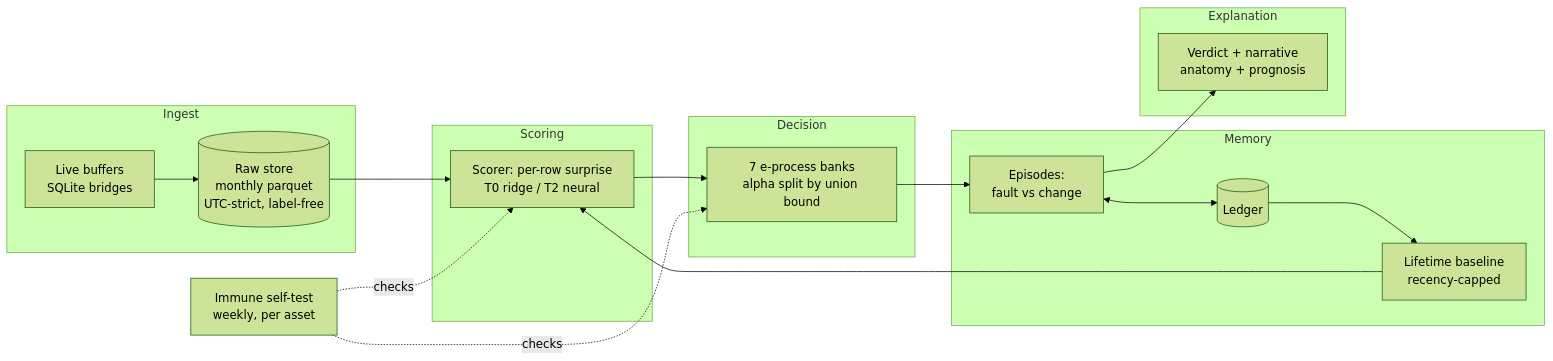
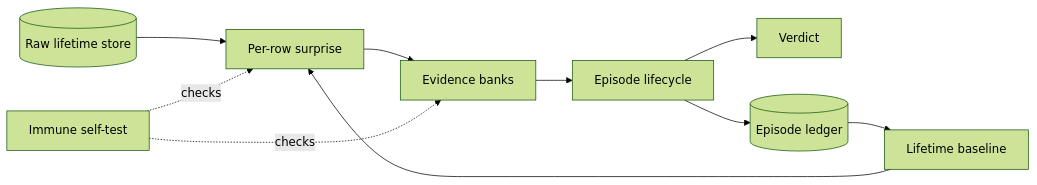
The diagram in README.md (bhadkamkar9snehil/ACM), drawn with Mermaid (forest theme) before and after one commit. The commit also changed other lines of this file and 152 other files, not shown here.

````diff
--- a/README.md
+++ b/README.md
@@ -76,28 +52,12 @@
 ```mermaid
 flowchart LR
-    subgraph ingest [Ingest]
-        RAW[(Raw store\nmonthly parquet\nUTC-strict, label-free)]
-        LIVE[Live buffers\nSQLite bridges]
-    end
-    subgraph scoring [Scoring]
-        SC[Scorer: per-row surprise\nT0 ridge / T2 neural]
-    end
-    subgraph decision [Decision]
-        B[7 e-process banks\nalpha split by union bound]
-    end
-    subgraph memory [Memory]
-        EP[Episodes:\nfault vs change]
-        LG[(Ledger)]
-        BL[Lifetime baseline\nrecency-capped]
-    end
-    subgraph explain [Explanation]
-        V[Verdict + narrative\nanatomy + prognosis]
-    end
-    IMM[Immune self-test\nweekly, per asset]
-
-    LIVE --> RAW --> SC --> B --> EP --> V
-    EP <--> LG
-    LG --> BL --> SC
-    IMM -.checks.-> SC
-    IMM -.checks.-> B
+    RAW[(Raw lifetime store)] --> SCORE[Per-row surprise]
+    SCORE --> BANKS[Evidence banks]
+    BANKS --> EP[Episode lifecycle]
+    EP --> V[Verdict]
+    EP --> LEDGER[(Episode ledger)]
+    LEDGER --> BASE[Lifetime baseline]
+    BASE --> SCORE
+    IMM[Immune self-test] -. checks .-> SCORE
+    IMM -. checks .-> BANKS
 ```
````
